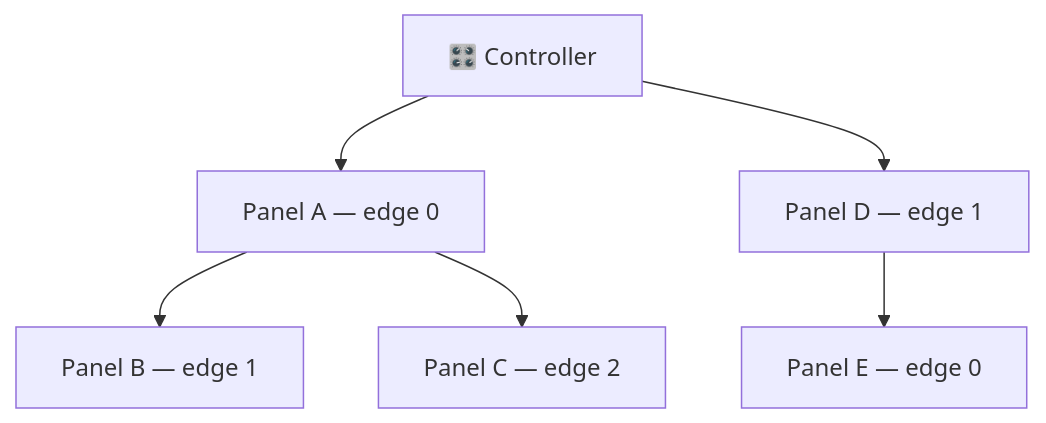
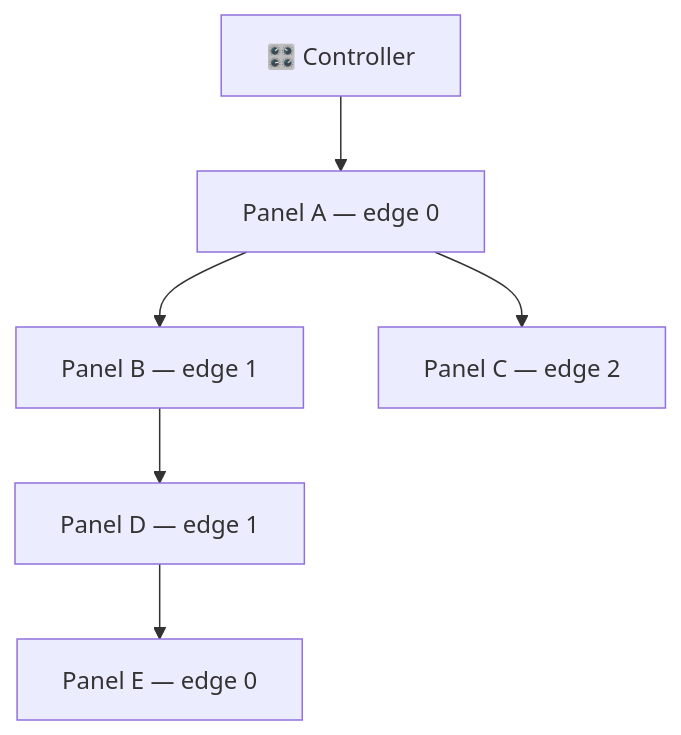
One commit to przemczan/lightnet-firmware changed the first of 5 diagrams in docs/architecture.md. Above: the diagram before and after it, drawn with Mermaid. The commit also changed 3 other files, not shown here.

Commit message:
link easyeda projects, fix diagrams

````diff
--- a/docs/architecture.md
+++ b/docs/architecture.md
@@ -33,9 +33,9 @@
 ```mermaid
 graph TD
   C[🎛️ Controller]
   C --> A[Panel A — edge 0]
   A --> B[Panel B — edge 1]
   A --> Pc[Panel C — edge 2]
-  C --> D[Panel D — edge 1]
+  B --> D[Panel D — edge 1]
   D --> E[Panel E — edge 0]
 ```
````
